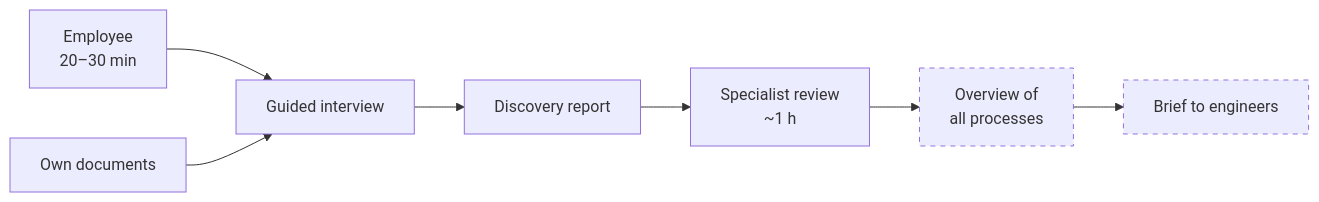
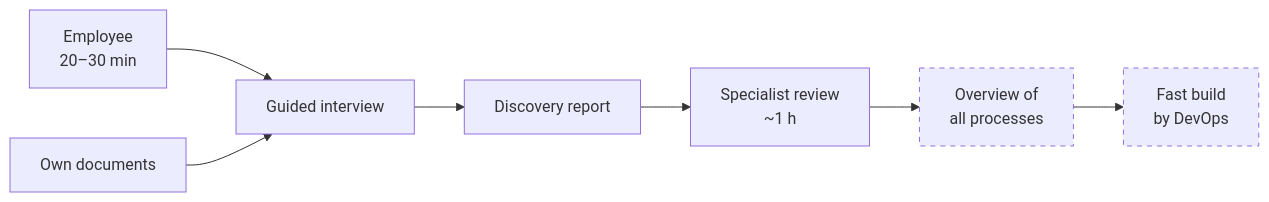
The diagram in docs/04-executive-summary/executive-summary.md (L-Neur0/northstar-agentic-ops), drawn with Mermaid before and after one commit. The commit also changed other lines of this file and 10 other files, not shown here.

Commit message:
Executive summary review: one-liner, problem and diagram reworded

````diff
--- a/docs/04-executive-summary/executive-summary.md
+++ b/docs/04-executive-summary/executive-summary.md
@@ -27,11 +27,11 @@
 ```mermaid
 flowchart LR
   E["Employee<br/>20–30 min"] --> I["Guided interview"]
   D["Own documents"] --> I
   I --> R["Discovery report"]
   R --> S["Specialist review<br/>~1 h"]
   S --> O["Overview of<br/>all processes"]
-  O --> B["Brief to engineers"]
+  O --> B["Fast build<br/>by DevOps"]
   classDef next stroke-dasharray:5 5
   class O,B next
 ```
````
